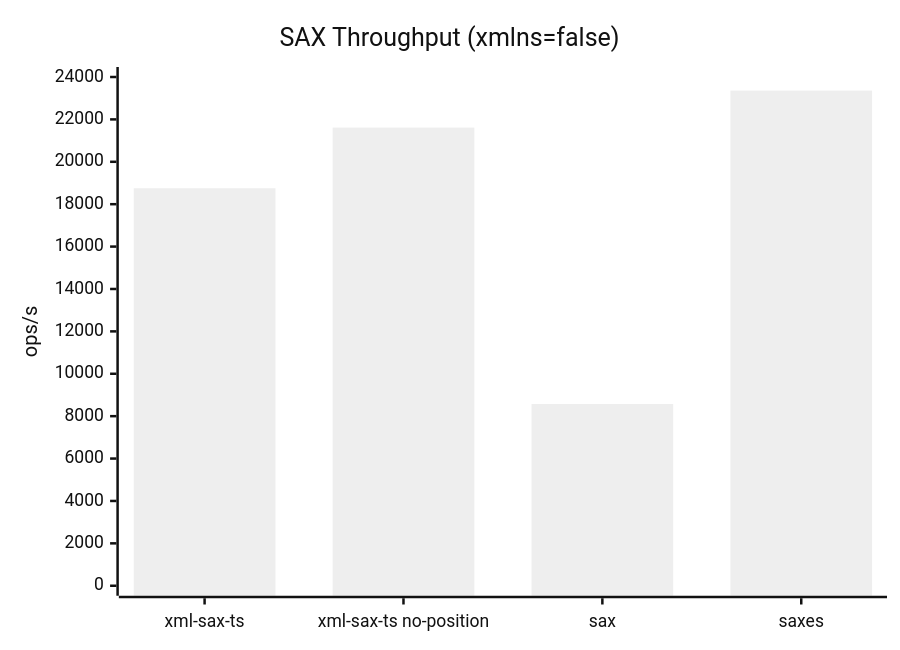
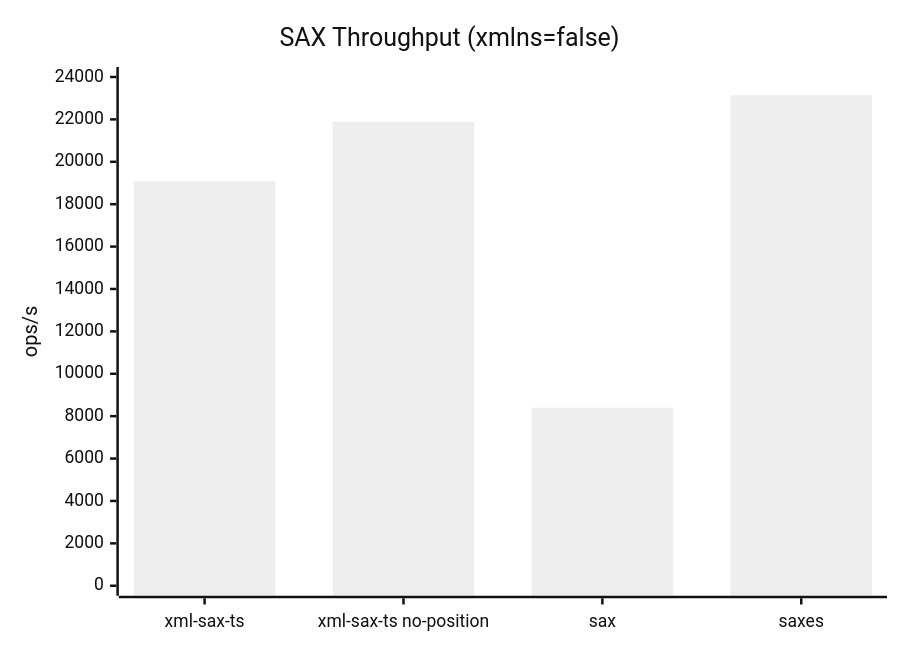
One commit to aaronzi/xml-sax-ts changed the first of 3 diagrams in README.md. Above: the diagram before and after it, drawn with Mermaid (neutral theme). The commit also changed other lines of this file and 12 other files, not shown here.

````diff
--- a/README.md
+++ b/README.md
@@ -198,7 +209,7 @@
 ```mermaid
 xychart-beta
   title "SAX Throughput (xmlns=false)"
   x-axis ["xml-sax-ts", "xml-sax-ts no-position", "sax", "saxes"]
   y-axis "ops/s" 0 --> 24000
-  bar [18752.5, 21613.05, 8571.82, 23359.67]
+  bar [19079.17, 21884.8, 8396.62, 23139.22]
 ```
````
